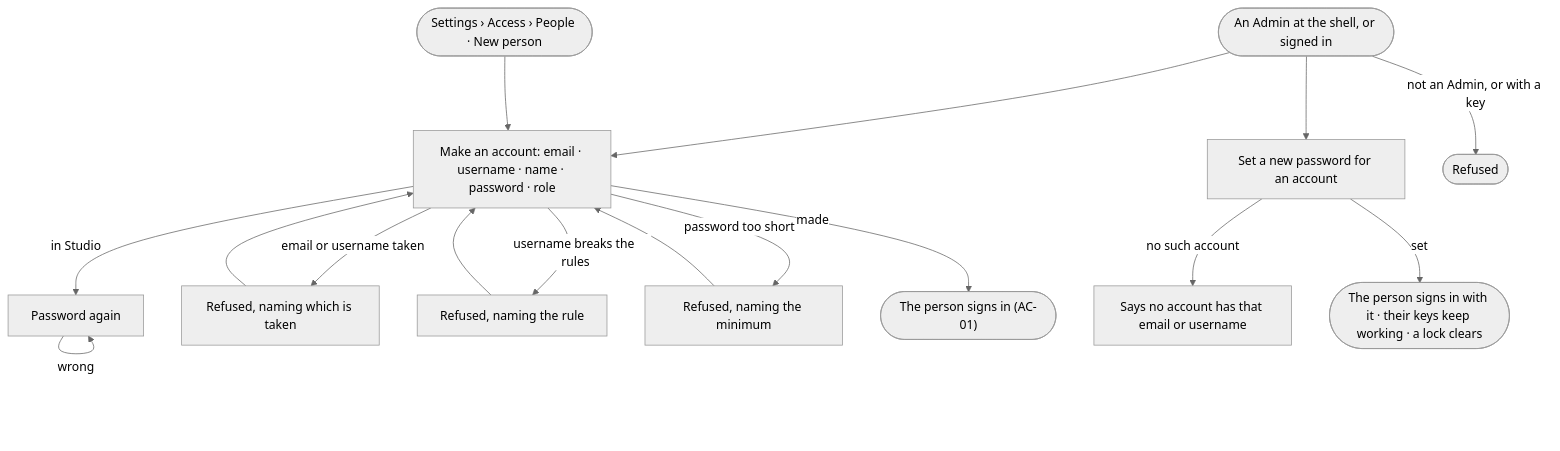
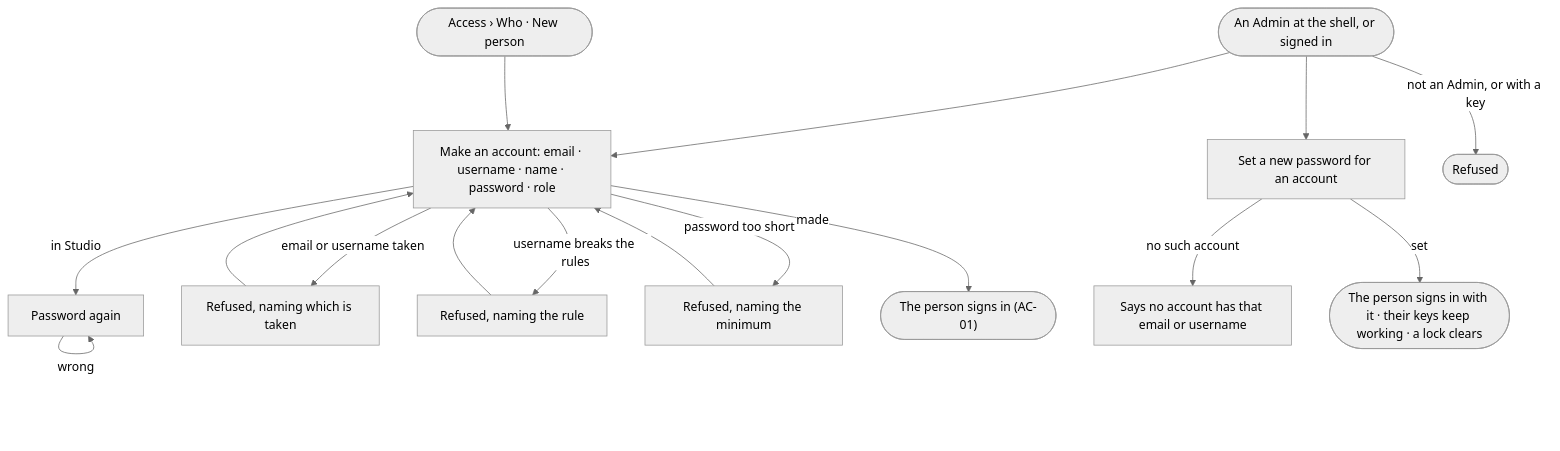
Before and after one commit to invana/invana: the diagram in specs/os/access/features/AC-F01-sign-in-account-and-sessions/stories/AC-18-give-a-person-an-account/story.md, drawn with Mermaid (neutral theme). The commit also changed other lines of this file and 133 other files, not shown here.

````diff
--- a/specs/os/access/features/AC-F01-sign-in-account-and-sessions/stories/AC-18-give-a-person-an-account/story.md
+++ b/specs/os/access/features/AC-F01-sign-in-account-and-sessions/stories/AC-18-give-a-person-an-account/story.md
@@ -26,14 +26,14 @@
 ```mermaid
 flowchart TD
   a([An Admin at the shell, or signed in]) --> c["Make an account: email · username · name · password · role"]
-  st([Settings › Access › People · New person]) --> c
+  st([Access › Who · New person]) --> c
   c -->|in Studio| pa["Password again"] -->|wrong| pa
   c -->|email or username taken| t["Refused, naming which is taken"] --> c
   c -->|username breaks the rules| u["Refused, naming the rule"] --> c
   c -->|password too short| pw["Refused, naming the minimum"] --> c
   c -->|made| ok(["The person signs in (AC-01)"])
   a --> r["Set a new password for an account"]
   r -->|no such account| nf["Says no account has that email or username"]
   r -->|set| rs(["The person signs in with it · their keys keep working · a lock clears"])
   a -->|not an Admin, or with a key| no(["Refused"])
 ```
````
